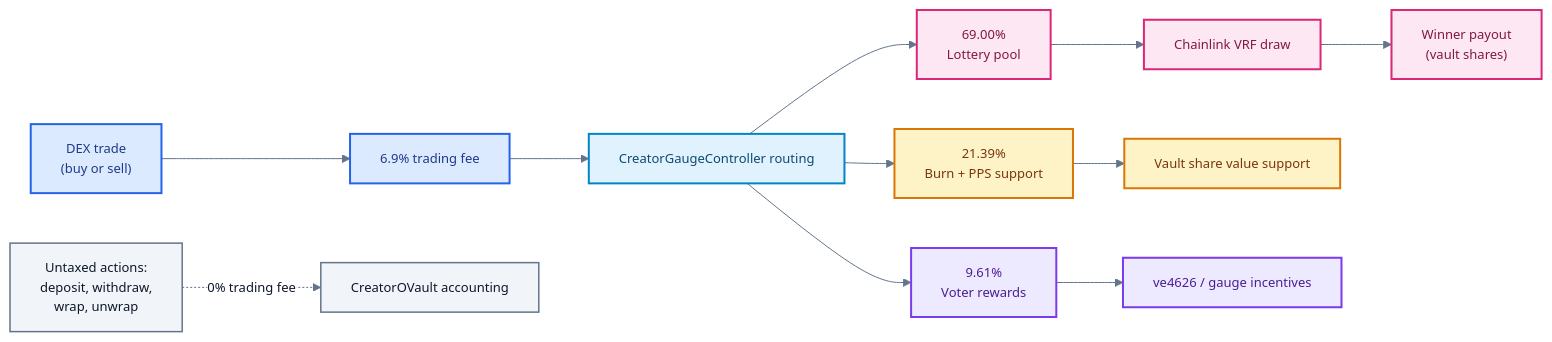
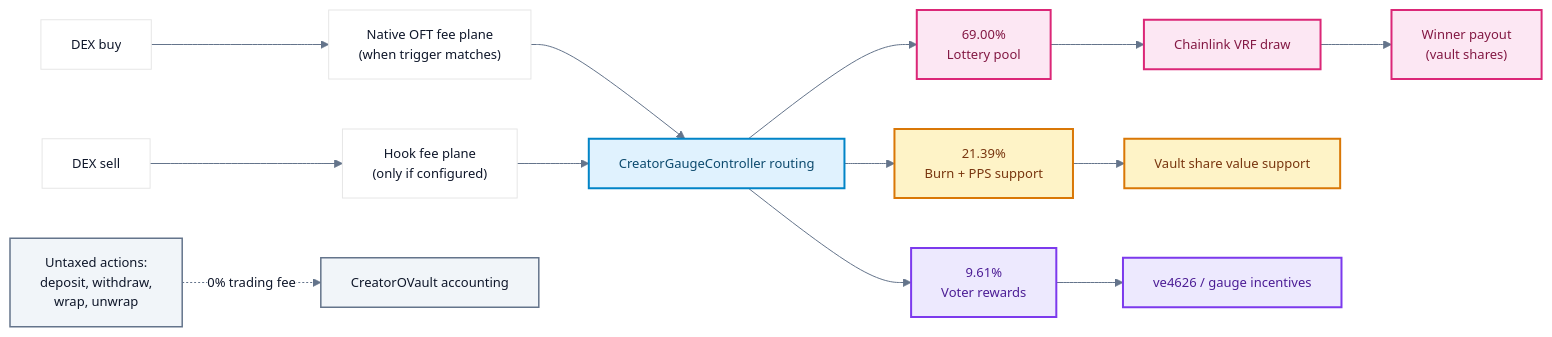
One commit to 4626fun/4626 changed the third of 4 diagrams in docs/_generated/contracts/src/README.md. Above: the diagram before and after it, drawn with Mermaid. The commit also changed other lines of this file and 15 other files, not shown here.

````diff
--- a/docs/_generated/contracts/src/README.md
+++ b/docs/_generated/contracts/src/README.md
@@ -150,30 +153,32 @@
 ```mermaid
 %%{init: {"theme":"base","themeVariables":{"fontFamily":"Inter, ui-sans-serif, system-ui","fontSize":"13px","lineColor":"#64748B","primaryColor":"#FFFFFF","primaryTextColor":"#0F172A"}}}%%
 flowchart LR
-  Trade["DEX trade\n(buy or sell)"] --> Fee["6.9% trading fee"]
-  Fee --> Gauge["CreatorGaugeController routing"]
+  BuyTrade["DEX buy"] --> NativeFee["Native OFT fee plane\n(when trigger matches)"]
+  SellTrade["DEX sell"] --> HookFee["Hook fee plane\n(only if configured)"]
+  NativeFee --> Gauge["CreatorGaugeController routing"]
+  HookFee --> Gauge
 
   Gauge --> Lottery["69.00%\nLottery pool"]
   Gauge --> Burn["21.39%\nBurn + PPS support"]
   Gauge --> Rewards["9.61%\nVoter rewards"]
 
   Lottery --> VRF["Chainlink VRF draw"]
   VRF --> Payout["Winner payout\n(vault shares)"]
   Burn --> PPS["Vault share value support"]
   Rewards --> Gov["ve4626 / gauge incentives"]
 
   Untaxed["Untaxed actions:\ndeposit, withdraw,\nwrap, unwrap"] -. "0% trading fee" .-> Vault["CreatorOVault accounting"]
 
   classDef source fill:#DBEAFE,stroke:#2563EB,stroke-width:2px,color:#1E3A8A;
   classDef router fill:#E0F2FE,stroke:#0284C7,stroke-width:2px,color:#0C4A6E;
   classDef lottery fill:#FCE7F3,stroke:#DB2777,stroke-width:2px,color:#831843;
   classDef burn fill:#FEF3C7,stroke:#D97706,stroke-width:2px,color:#78350F;
   classDef governance fill:#EDE9FE,stroke:#7C3AED,stroke-width:2px,color:#4C1D95;
   classDef neutral fill:#F1F5F9,stroke:#64748B,stroke-width:1.5px,color:#0F172A;
   class Trade,Fee source;
   class Gauge router;
   class Lottery,VRF,Payout lottery;
   class Burn,PPS burn;
   class Rewards,Gov governance;
   class Untaxed,Vault neutral;
 ```
````
